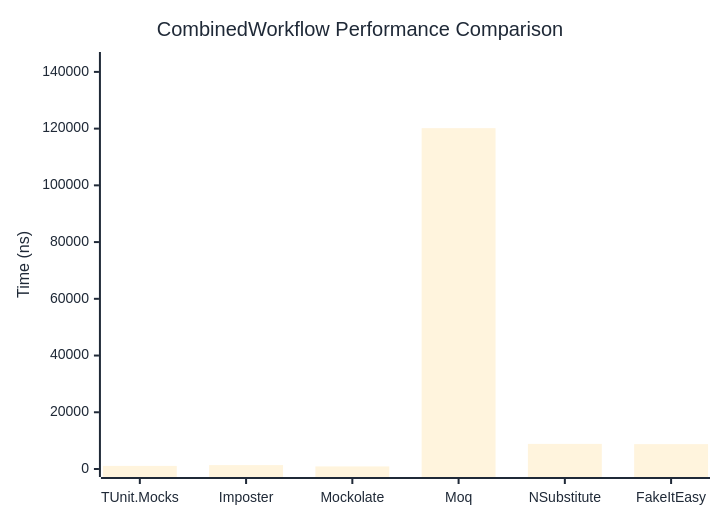
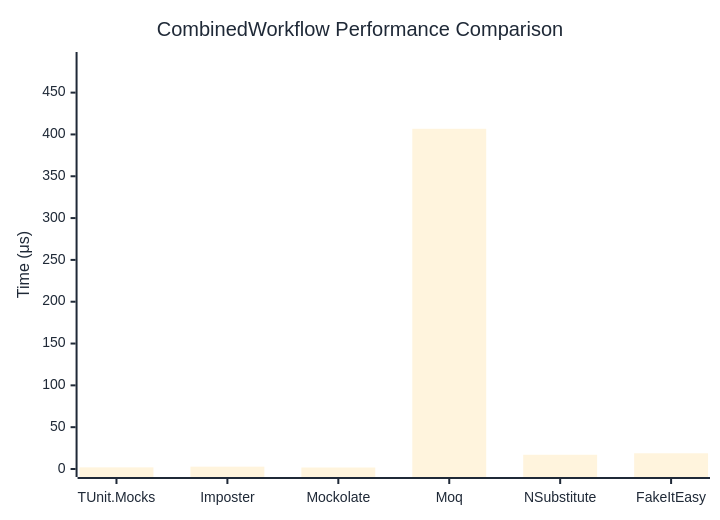
The diagram in docs/docs/benchmarks/mocks/CombinedWorkflow.md (thomhurst/TUnit), drawn with Mermaid before and after one commit. The commit also changed other lines of this file and 14 other files, not shown here.

````diff
--- a/docs/docs/benchmarks/mocks/CombinedWorkflow.md
+++ b/docs/docs/benchmarks/mocks/CombinedWorkflow.md
@@ -30,27 +30,27 @@
 ```mermaid
 %%{init: {
   'theme':'base',
   'themeVariables': {
     'primaryColor': '#2563eb',
     'primaryTextColor': '#1f2937',
     'primaryBorderColor': '#1e40af',
     'lineColor': '#6b7280',
     'secondaryColor': '#7c3aed',
     'tertiaryColor': '#dc2626',
     'background': '#ffffff',
     'pie1': '#2563eb',
     'pie2': '#7c3aed',
     'pie3': '#dc2626',
     'pie4': '#f59e0b',
     'pie5': '#10b981',
     'pie6': '#06b6d4',
     'pie7': '#ec4899',
     'pie8': '#6366f1'
   }
 }}%%
 xychart-beta
   title "CombinedWorkflow Performance Comparison"
   x-axis ["TUnit.Mocks", "Imposter", "Mockolate", "Moq", "NSubstitute", "FakeItEasy"]
-  y-axis "Time (ns)" 0 --> 144192
-  bar [1085.9, 1374, 906.7, 120159.8, 8850.8, 8769.6]
+  y-axis "Time (μs)" 0 --> 489
+  bar [1.941, 2.793, 1.779, 406.758, 17.029, 18.815]
 ```
````
